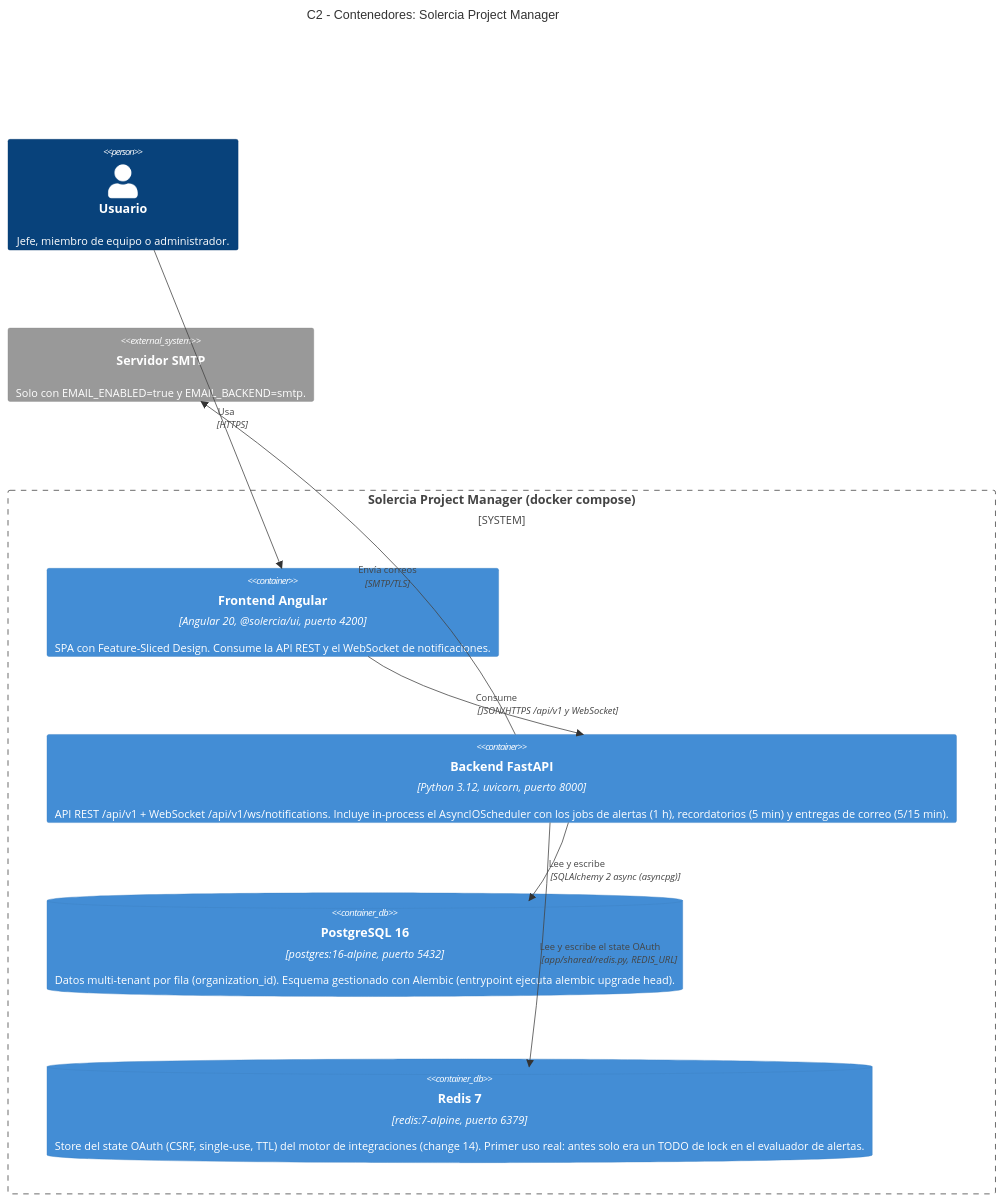
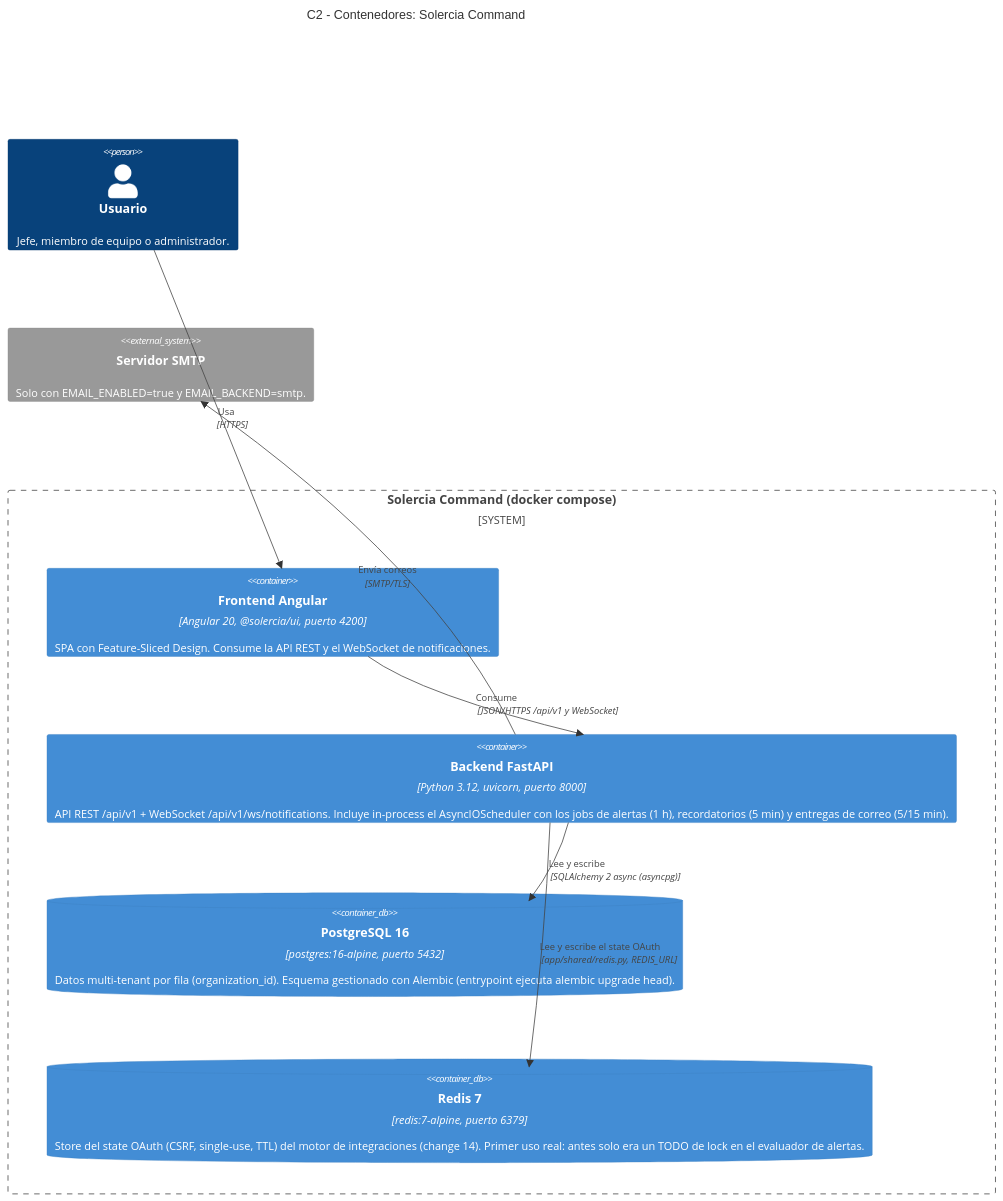
One commit to solercia-solutions/solercia-command changed the second of 3 diagrams in docs/diagrams/c4-architecture.md. Above: the diagram before and after it, drawn with Mermaid. The commit also changed other lines of this file and 41 other files, not shown here.

````diff
--- a/docs/diagrams/c4-architecture.md
+++ b/docs/diagrams/c4-architecture.md
@@ -60,21 +60,21 @@
 ```mermaid
 C4Container
-    title C2 - Contenedores: Solercia Project Manager
+    title C2 - Contenedores: Solercia Command
 
     Person(usuario, "Usuario", "Jefe, miembro de equipo o administrador.")
 
-    System_Boundary(spm, "Solercia Project Manager (docker compose)") {
+    System_Boundary(spm, "Solercia Command (docker compose)") {
         Container(frontend, "Frontend Angular", "Angular 20, @solercia/ui, puerto 4200", "SPA con Feature-Sliced Design. Consume la API REST y el WebSocket de notificaciones.")
         Container(backend, "Backend FastAPI", "Python 3.12, uvicorn, puerto 8000", "API REST /api/v1 + WebSocket /api/v1/ws/notifications. Incluye in-process el AsyncIOScheduler con los jobs de alertas (1 h), recordatorios (5 min) y entregas de correo (5/15 min).")
         ContainerDb(postgres, "PostgreSQL 16", "postgres:16-alpine, puerto 5432", "Datos multi-tenant por fila (organization_id). Esquema gestionado con Alembic (entrypoint ejecuta alembic upgrade head).")
         ContainerDb(redis, "Redis 7", "redis:7-alpine, puerto 6379", "Store del state OAuth (CSRF, single-use, TTL) del motor de integraciones (change 14). Primer uso real: antes solo era un TODO de lock en el evaluador de alertas.")
     }
 
     System_Ext(smtp, "Servidor SMTP", "Solo con EMAIL_ENABLED=true y EMAIL_BACKEND=smtp.")
 
     Rel(usuario, frontend, "Usa", "HTTPS")
     Rel(frontend, backend, "Consume", "JSON/HTTPS /api/v1 y WebSocket")
     Rel(backend, postgres, "Lee y escribe", "SQLAlchemy 2 async (asyncpg)")
     Rel(backend, redis, "Lee y escribe el state OAuth", "app/shared/redis.py, REDIS_URL")
     Rel(backend, smtp, "Envía correos", "SMTP/TLS")
 ```
````
